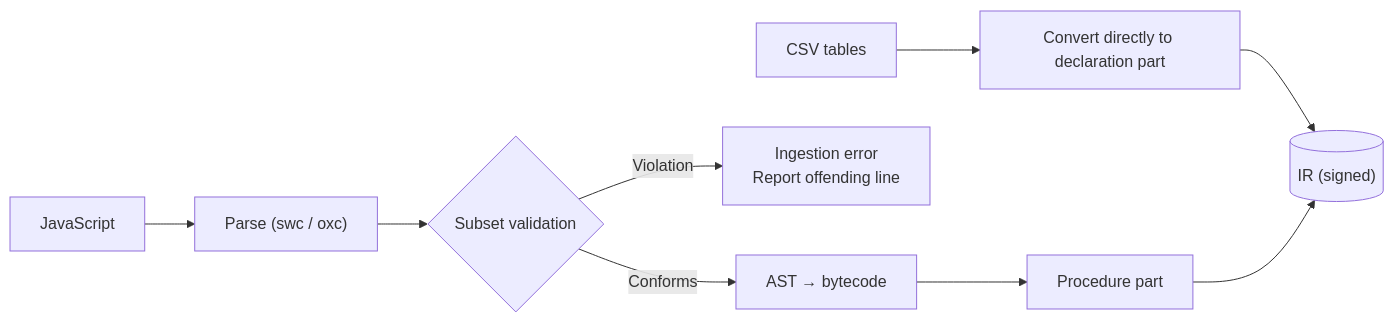
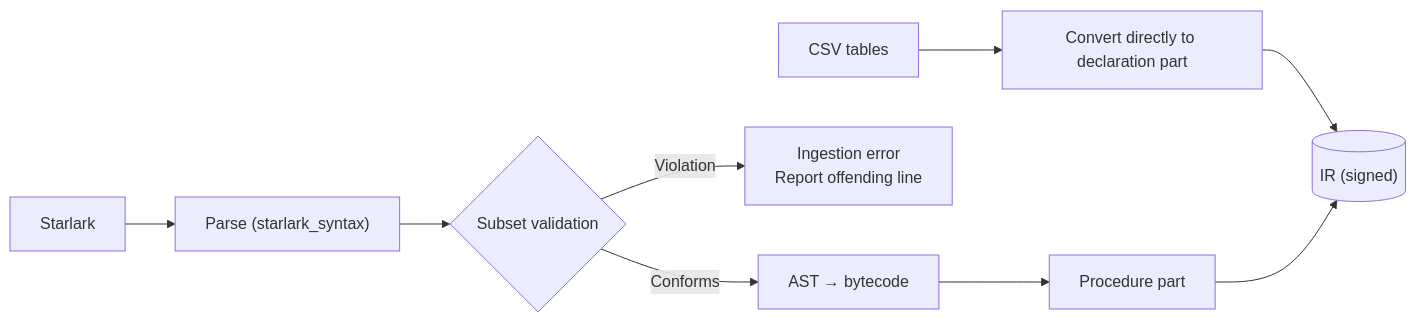
The sixth of 6 diagrams in docs/system-architecture.md (okayyoumay/nekoguruma), drawn with Mermaid before and after one commit. The commit also changed other lines of this file and 12 other files, not shown here.

````diff
--- a/docs/system-architecture.md
+++ b/docs/system-architecture.md
@@ -854,11 +856,11 @@
 ```mermaid
 flowchart LR
     CSV["CSV tables"] --> DECL["Convert directly to declaration part"]
-    JS["JavaScript"] --> PARSE["Parse (swc / oxc)"]
+    STAR["Starlark"] --> PARSE["Parse (starlark_syntax)"]
     PARSE --> CHECK{"Subset validation"}
     CHECK -->|Violation| ERR["Ingestion error<br/>Report offending line"]
     CHECK -->|Conforms| LOWER["AST → bytecode"]
     LOWER --> PROC["Procedure part"]
     DECL --> IR[("IR (signed)")]
     PROC --> IR
 ```
````
